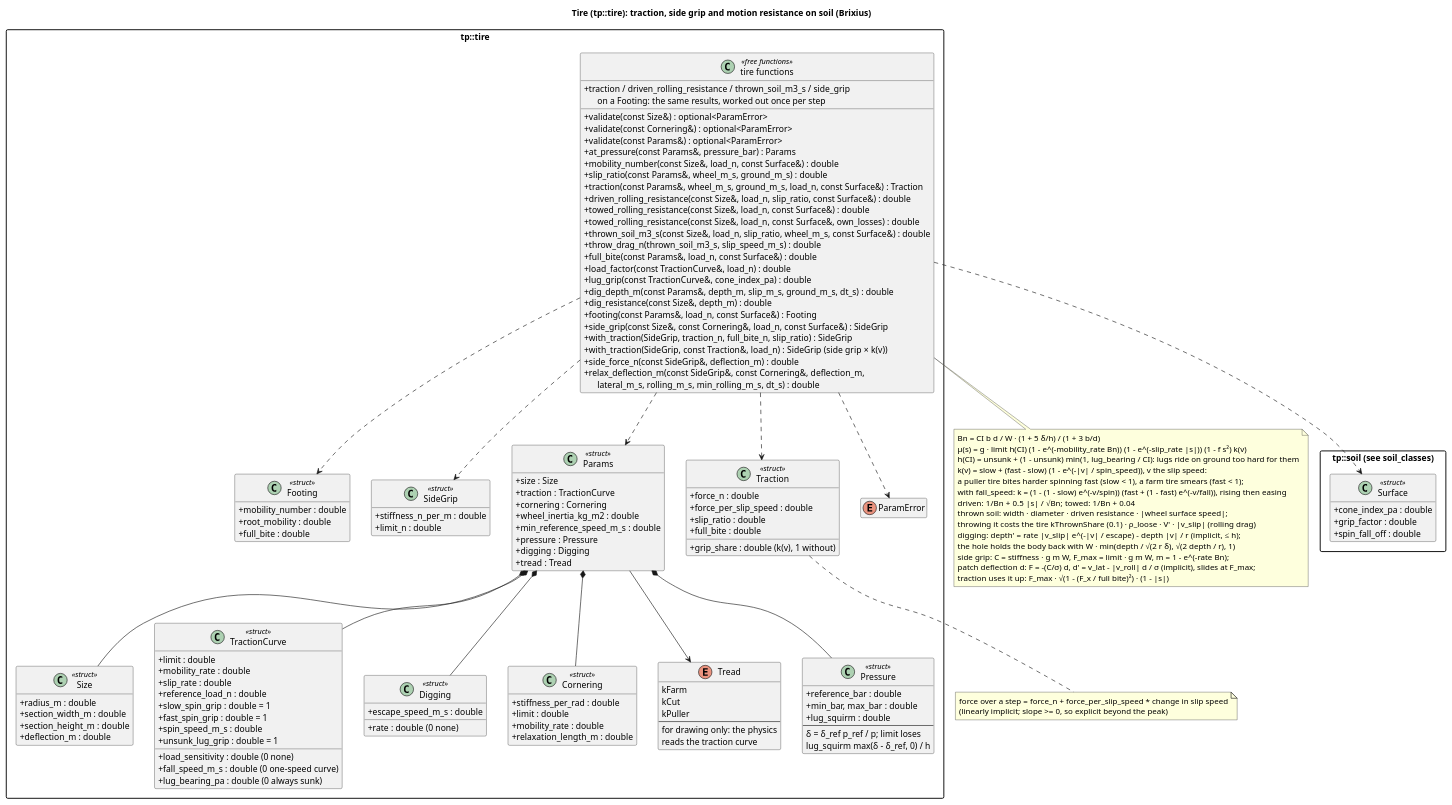
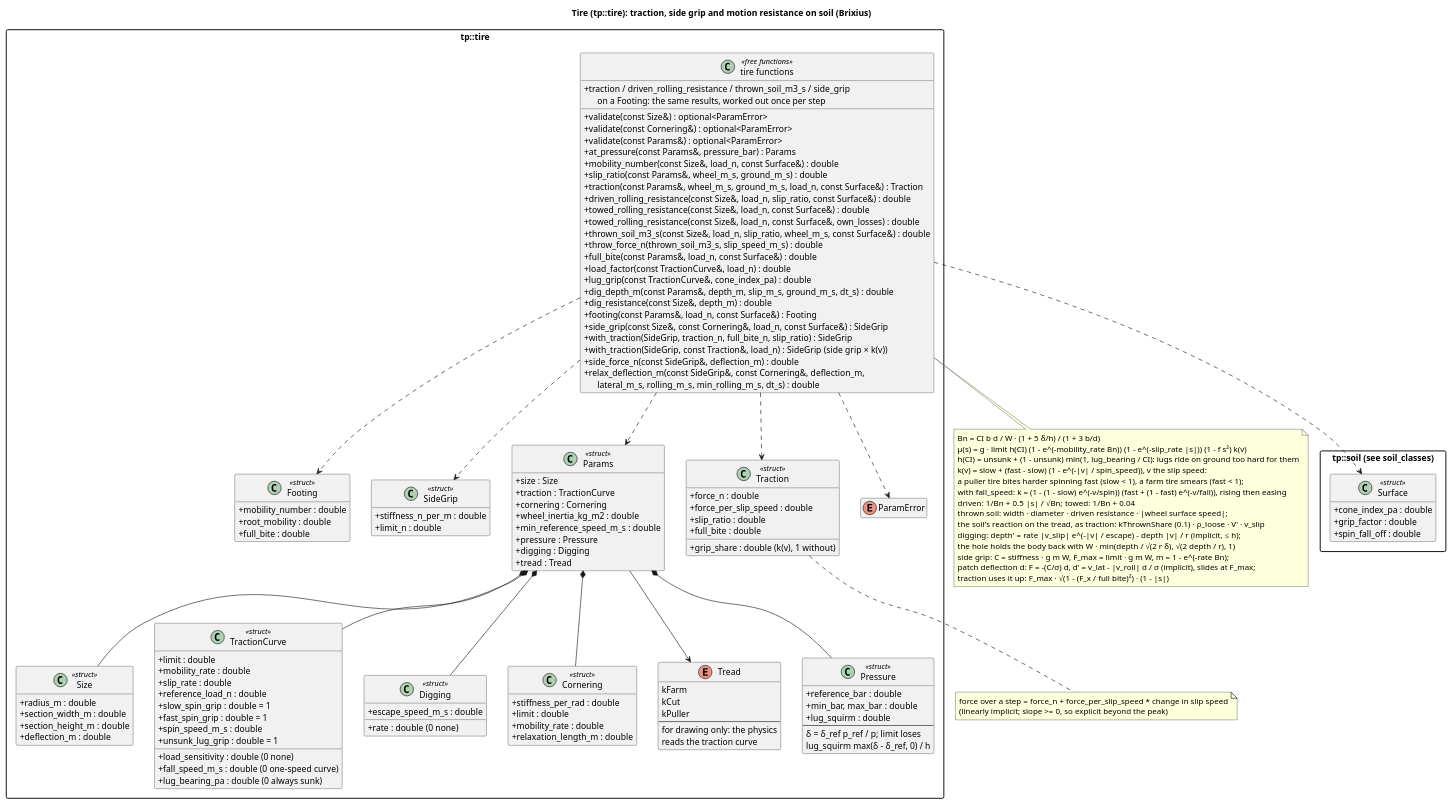
The diagram in docs/diagrams/tire_classes.puml (wversteeg/TractorPulling), drawn with PlantUML before and after one commit. The commit also changed 47 other files, not shown here.

```diff
--- a/docs/diagrams/tire_classes.puml
+++ b/docs/diagrams/tire_classes.puml
@@ -1,147 +1,147 @@
 @startuml tire_classes
 title Tire (tp::tire): traction, side grip and motion resistance on soil (Brixius)
 hide empty members
 skinparam packageStyle rectangle
 skinparam classAttributeIconSize 0
 
 package "tp::soil (see soil_classes)" {
   class Surface <<struct>> {
     +cone_index_pa : double
     +grip_factor : double
     +spin_fall_off : double
   }
 }
 
 package "tp::tire" {
   class Size <<struct>> {
     +radius_m : double
     +section_width_m : double
     +section_height_m : double
     +deflection_m : double
   }
   class TractionCurve <<struct>> {
     +limit : double
     +mobility_rate : double
     +slip_rate : double
     +load_sensitivity : double (0 none)
     +reference_load_n : double
     +slow_spin_grip : double = 1
     +fast_spin_grip : double = 1
     +spin_speed_m_s : double
     +fall_speed_m_s : double (0 one-speed curve)
     +lug_bearing_pa : double (0 always sunk)
     +unsunk_lug_grip : double = 1
   }
   class Digging <<struct>> {
     +rate : double (0 none)
     +escape_speed_m_s : double
   }
   class Cornering <<struct>> {
     +stiffness_per_rad : double
     +limit : double
     +mobility_rate : double
     +relaxation_length_m : double
   }
   class Footing <<struct>> {
     +mobility_number : double
     +root_mobility : double
     +full_bite : double
   }
   class SideGrip <<struct>> {
     +stiffness_n_per_m : double
     +limit_n : double
   }
   class Params <<struct>> {
     +size : Size
     +traction : TractionCurve
     +cornering : Cornering
     +wheel_inertia_kg_m2 : double
     +min_reference_speed_m_s : double
     +pressure : Pressure
     +digging : Digging
     +tread : Tread
   }
   enum Tread {
     kFarm
     kCut
     kPuller
     --
     for drawing only: the physics
     reads the traction curve
   }
   class Pressure <<struct>> {
     +reference_bar : double
     +min_bar, max_bar : double
     +lug_squirm : double
     --
     δ = δ_ref p_ref / p; limit loses
     lug_squirm max(δ - δ_ref, 0) / h
   }
   class Traction <<struct>> {
     +force_n : double
     +force_per_slip_speed : double
     +slip_ratio : double
     +full_bite : double
     +grip_share : double (k(v), 1 without)
   }
   enum ParamError
   class "tire functions" as TireFns <<free functions>> {
     +validate(const Size&) : optional<ParamError>
     +validate(const Cornering&) : optional<ParamError>
     +validate(const Params&) : optional<ParamError>
     +at_pressure(const Params&, pressure_bar) : Params
     +mobility_number(const Size&, load_n, const Surface&) : double
     +slip_ratio(const Params&, wheel_m_s, ground_m_s) : double
     +traction(const Params&, wheel_m_s, ground_m_s, load_n, const Surface&) : Traction
     +driven_rolling_resistance(const Size&, load_n, slip_ratio, const Surface&) : double
     +towed_rolling_resistance(const Size&, load_n, const Surface&) : double
     +towed_rolling_resistance(const Size&, load_n, const Surface&, own_losses) : double
     +thrown_soil_m3_s(const Size&, load_n, slip_ratio, wheel_m_s, const Surface&) : double
-    +throw_drag_n(thrown_soil_m3_s, slip_speed_m_s) : double
+    +throw_force_n(thrown_soil_m3_s, slip_speed_m_s) : double
     +full_bite(const Params&, load_n, const Surface&) : double
     +load_factor(const TractionCurve&, load_n) : double
     +lug_grip(const TractionCurve&, cone_index_pa) : double
     +dig_depth_m(const Params&, depth_m, slip_m_s, ground_m_s, dt_s) : double
     +dig_resistance(const Size&, depth_m) : double
     +footing(const Params&, load_n, const Surface&) : Footing
     +traction / driven_rolling_resistance / thrown_soil_m3_s / side_grip\n      on a Footing: the same results, worked out once per step
     +side_grip(const Size&, const Cornering&, load_n, const Surface&) : SideGrip
     +with_traction(SideGrip, traction_n, full_bite_n, slip_ratio) : SideGrip
     +with_traction(SideGrip, const Traction&, load_n) : SideGrip  (side grip × k(v))
     +side_force_n(const SideGrip&, deflection_m) : double
     +relax_deflection_m(const SideGrip&, const Cornering&, deflection_m,\n      lateral_m_s, rolling_m_s, min_rolling_m_s, dt_s) : double
   }
   Params *-- Size
   Params *-- TractionCurve
   Params *-- Cornering
   Params *-- Pressure
   Params *-- Digging
   Params --> Tread
   TireFns ..> SideGrip
   TireFns ..> Footing
   TireFns ..> Params
   TireFns ..> Traction
   TireFns ..> ParamError
   TireFns ..> Surface
 }
 note bottom of TireFns
   Bn = CI b d / W · (1 + 5 δ/h) / (1 + 3 b/d)
   μ(s) = g · limit h(CI) (1 - e^(-mobility_rate Bn)) (1 - e^(-slip_rate |s|)) (1 - f s²) k(v)
   h(CI) = unsunk + (1 - unsunk) min(1, lug_bearing / CI): lugs ride on ground too hard for them
   k(v) = slow + (fast - slow) (1 - e^(-|v| / spin_speed)), v the slip speed:
   a puller tire bites harder spinning fast (slow < 1), a farm tire smears (fast < 1);
   with fall_speed: k = (1 - (1 - slow) e^(-v/spin)) (fast + (1 - fast) e^(-v/fall)), rising then easing
   driven: 1/Bn + 0.5 |s| / √Bn;  towed: 1/Bn + 0.04
   thrown soil: width · diameter · driven resistance · |wheel surface speed|;
-  throwing it costs the tire kThrownShare (0.1) · ρ_loose · V' · |v_slip| (rolling drag)
+  the soil's reaction on the tread, as traction: kThrownShare (0.1) · ρ_loose · V' · v_slip
   digging: depth' = rate |v_slip| e^(-|v| / escape) - depth |v| / r (implicit, ≤ h);
   the hole holds the body back with W · min(depth / √(2 r δ), √(2 depth / r), 1)
   side grip: C = stiffness · g m W, F_max = limit · g m W, m = 1 - e^(-rate Bn);
   patch deflection d: F = -(C/σ) d, d' = v_lat - |v_roll| d / σ (implicit), slides at F_max;
   traction uses it up: F_max · √(1 - (F_x / full bite)²) · (1 - |s|)
 end note
 note bottom of Traction
   force over a step = force_n + force_per_slip_speed * change in slip speed
   (linearly implicit; slope >= 0, so explicit beyond the peak)
 end note
 @enduml
```
